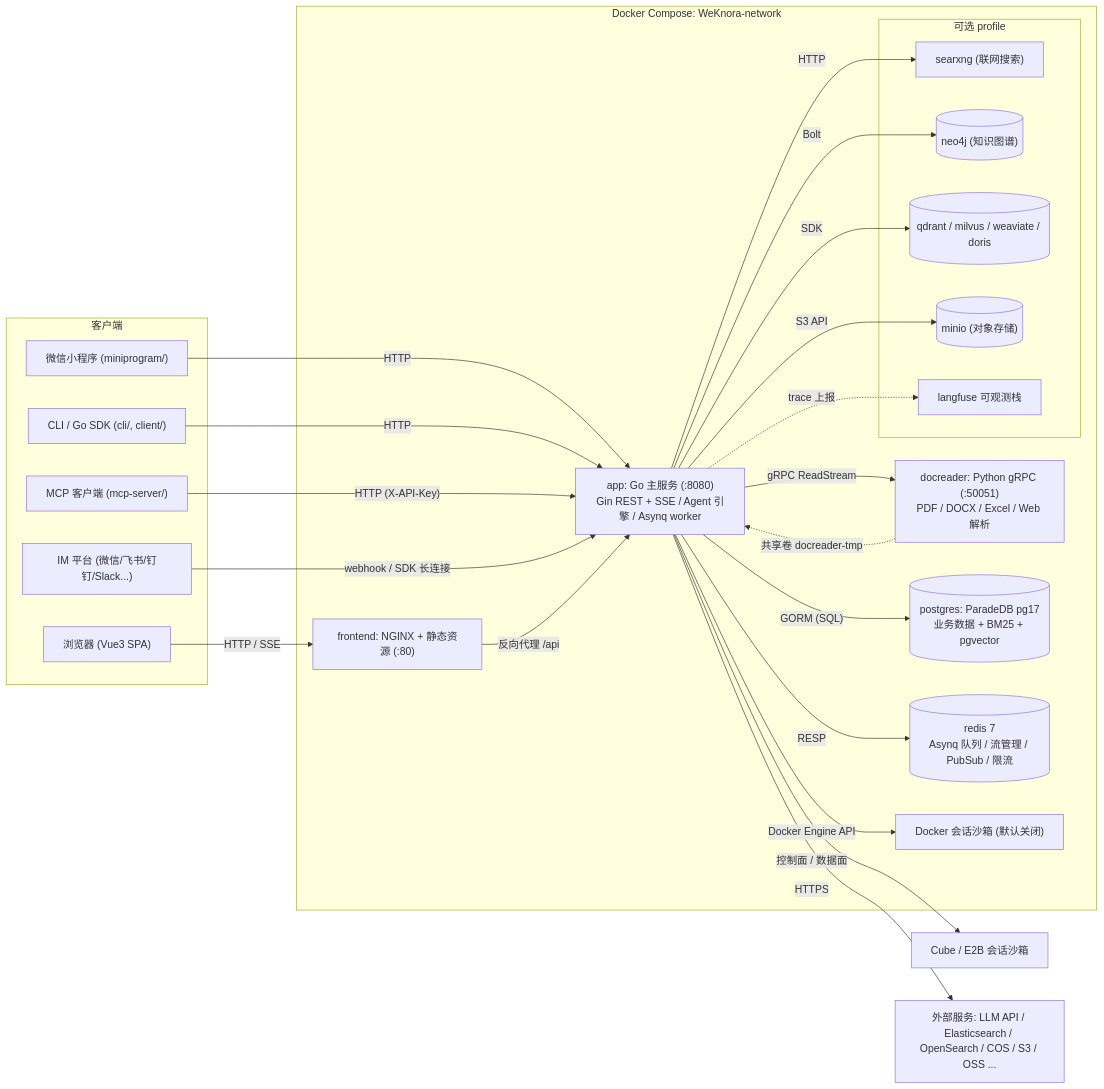
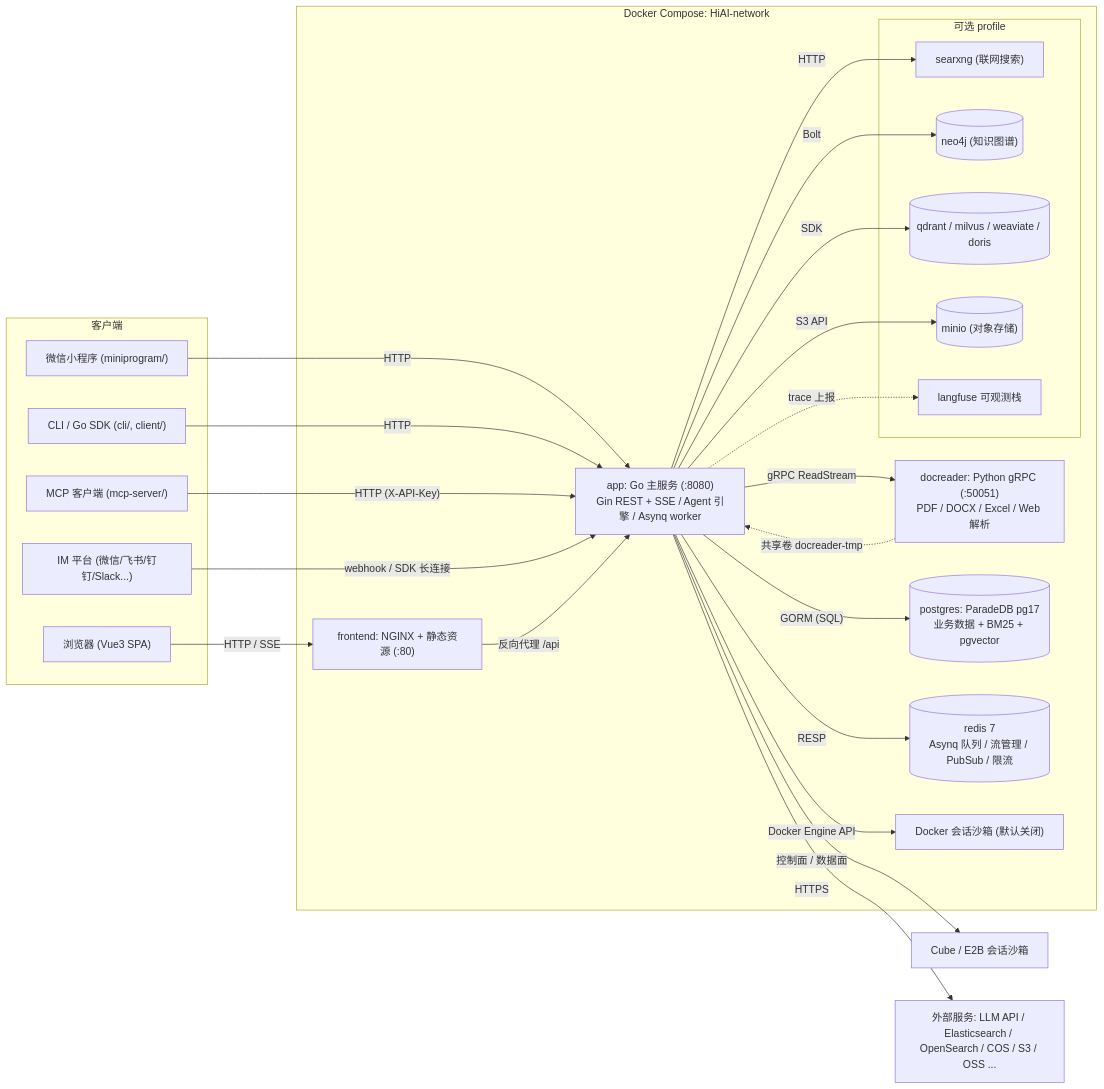
The first of 2 diagrams in website-docs/02-architecture/01-overview.md (someonemaybe/WeKnora), drawn with Mermaid before and after one commit. The commit also changed other lines of this file and 45 other files, not shown here.

````diff
--- a/website-docs/02-architecture/01-overview.md
+++ b/website-docs/02-architecture/01-overview.md
@@ -89,48 +89,48 @@
 ```mermaid
 graph LR
     subgraph Clients["客户端"]
         Browser["浏览器 (Vue3 SPA)"]
         Mini["微信小程序 (miniprogram/)"]
         CLI["CLI / Go SDK (cli/, client/)"]
         MCPC["MCP 客户端 (mcp-server/)"]
         IM["IM 平台 (微信/飞书/钉钉/Slack...)"]
     end
 
-    subgraph Compose["Docker Compose: WeKnora-network"]
+    subgraph Compose["Docker Compose: HiAI-network"]
         FE["frontend: NGINX + 静态资源 (:80)"]
         APP["app: Go 主服务 (:8080)<br/>Gin REST + SSE / Agent 引擎 / Asynq worker"]
         DR["docreader: Python gRPC (:50051)<br/>PDF / DOCX / Excel / Web 解析"]
         PG[("postgres: ParadeDB pg17<br/>业务数据 + BM25 + pgvector")]
         RD[("redis 7<br/>Asynq 队列 / 流管理 / PubSub / 限流")]
         SBX["Docker 会话沙箱 (默认关闭)"]
         subgraph Optional["可选 profile"]
             SX["searxng (联网搜索)"]
             NEO[("neo4j (知识图谱)")]
             VDB[("qdrant / milvus / weaviate / doris")]
             MINIO[("minio (对象存储)")]
             LF["langfuse 可观测栈"]
         end
     end
 
     REMOTE["Cube / E2B 会话沙箱"]
     EXT["外部服务: LLM API / Elasticsearch / OpenSearch / COS / S3 / OSS ..."]
 
     Browser -->|"HTTP / SSE"| FE
     Mini -->|"HTTP"| APP
     CLI -->|"HTTP"| APP
     MCPC -->|"HTTP (X-API-Key)"| APP
     IM -->|"webhook / SDK 长连接"| APP
     FE -->|"反向代理 /api"| APP
     APP -->|"gRPC ReadStream"| DR
     APP -->|"GORM (SQL)"| PG
     APP -->|"RESP"| RD
     APP -->|"Docker Engine API"| SBX
     APP -->|"控制面 / 数据面"| REMOTE
     APP -->|"HTTP"| SX
     APP -->|"Bolt"| NEO
     APP -->|"SDK"| VDB
     APP -->|"S3 API"| MINIO
     APP -->|"HTTPS"| EXT
     APP -.->|"trace 上报"| LF
     DR -.->|"共享卷 docreader-tmp"| APP
 ```
````
